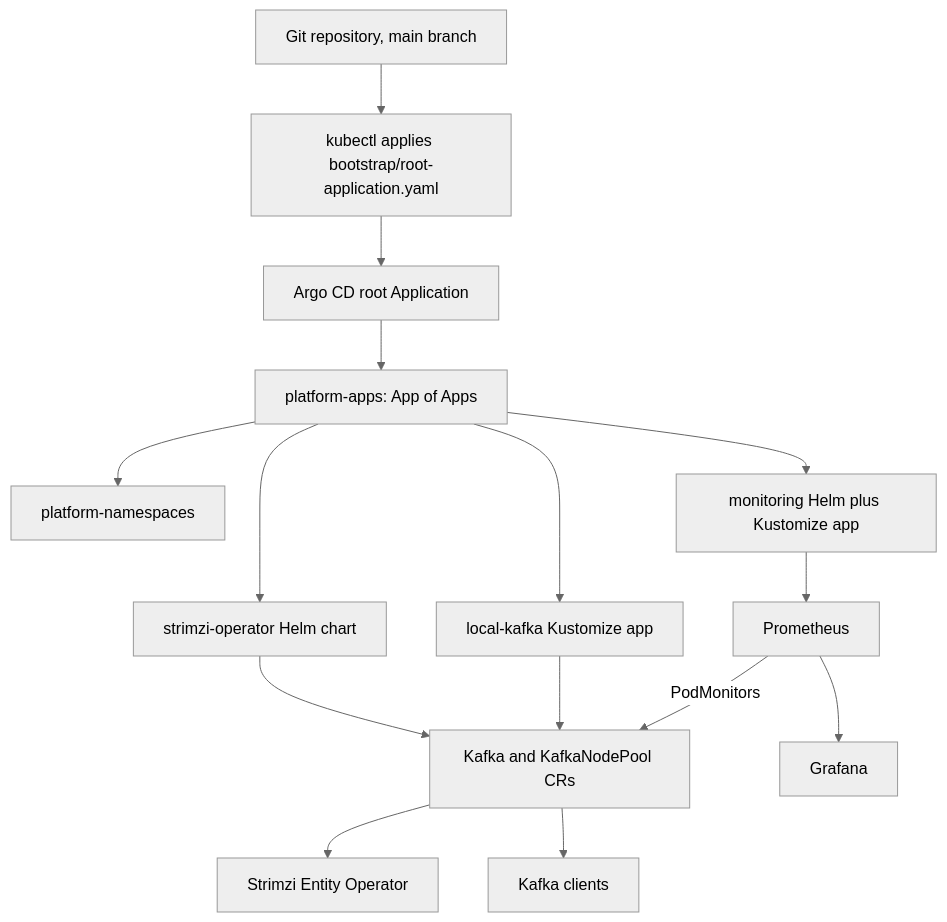
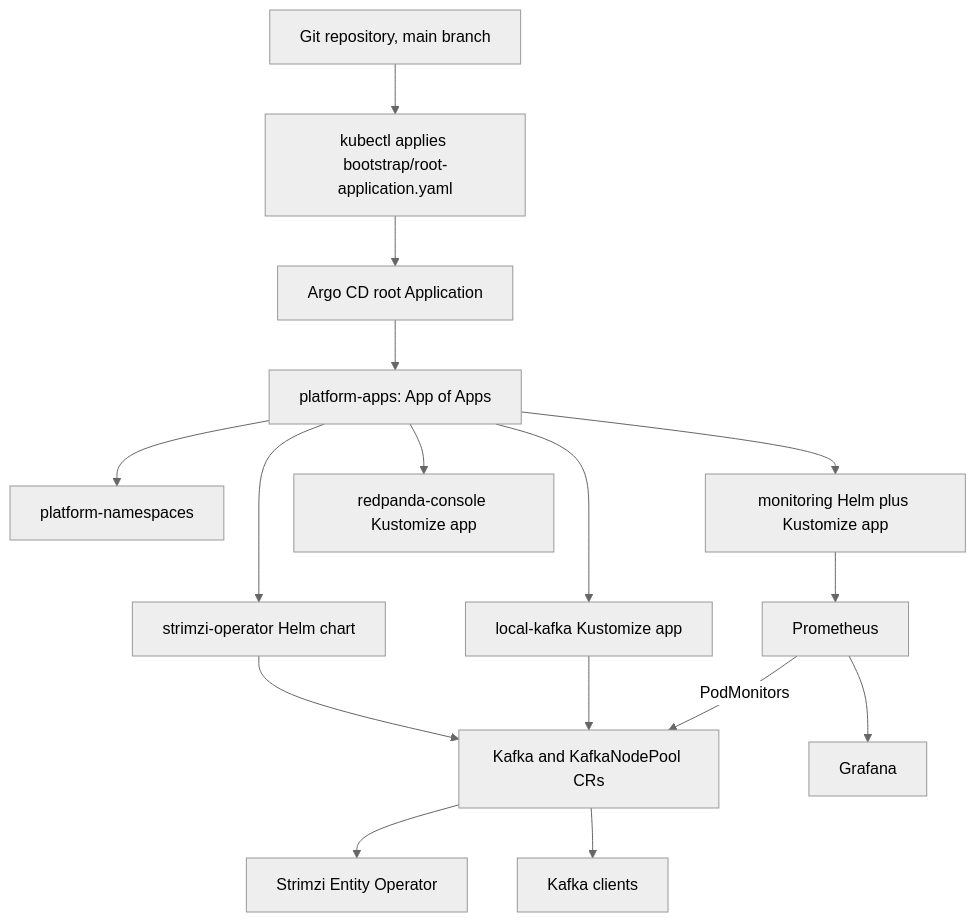
Before and after one commit to zamirarif/strimzi-minikube-gitops: the first of 3 diagrams in ARCHITECTURE.md, drawn with Mermaid (neutral theme). The commit also changed other lines of this file and 9 other files, not shown here.

Commit message:
Add Redpanda Console Kafka topic explorer

````diff
--- a/ARCHITECTURE.md
+++ b/ARCHITECTURE.md
@@ -12,30 +12,32 @@
 ```mermaid
 flowchart TD
     Git[Git repository, main branch]
     Bootstrap[kubectl applies bootstrap/root-application.yaml]
     Root[Argo CD root Application]
     Apps[platform-apps: App of Apps]
     Namespaces[platform-namespaces]
     Operator[strimzi-operator Helm chart]
     KafkaApp[local-kafka Kustomize app]
     MonitoringApp[monitoring Helm plus Kustomize app]
+    ConsoleApp[redpanda-console Kustomize app]
     CRs[Kafka and KafkaNodePool CRs]
     Entity[Strimzi Entity Operator]
     Clients[Kafka clients]
     Prom[Prometheus]
     Grafana[Grafana]
 
     Git --> Bootstrap --> Root
     Root --> Apps
     Apps --> Namespaces
     Apps --> Operator
     Apps --> KafkaApp
     Apps --> MonitoringApp
+    Apps --> ConsoleApp
     Operator --> CRs
     KafkaApp --> CRs
     CRs --> Entity
     CRs --> Clients
     MonitoringApp --> Prom
     Prom -->|PodMonitors| CRs
     Prom --> Grafana
 ```
````
